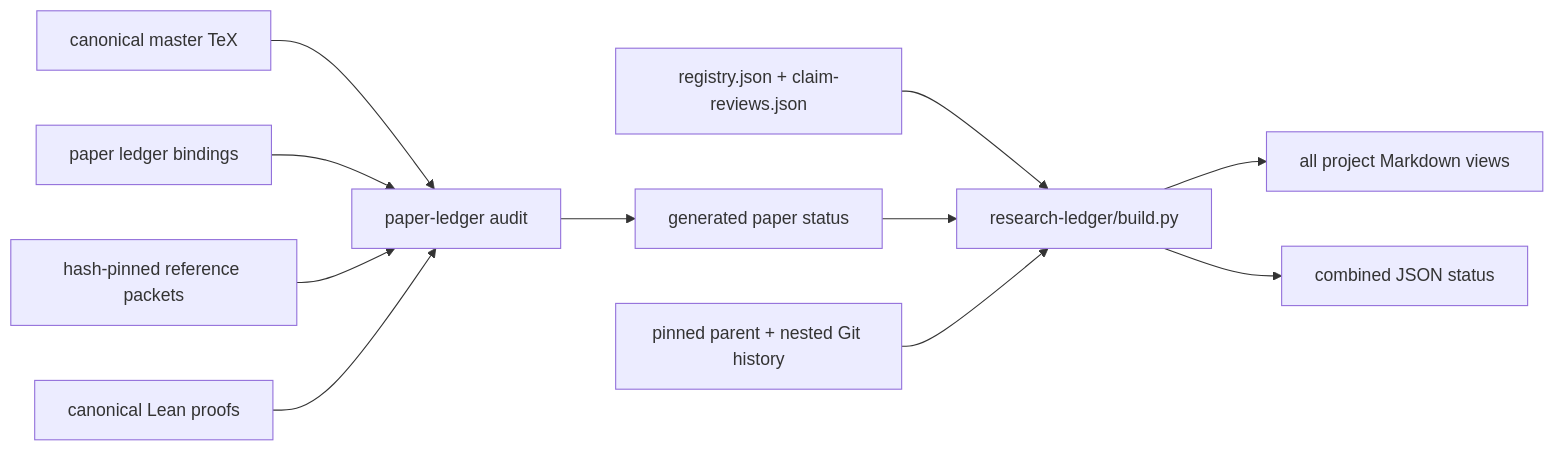
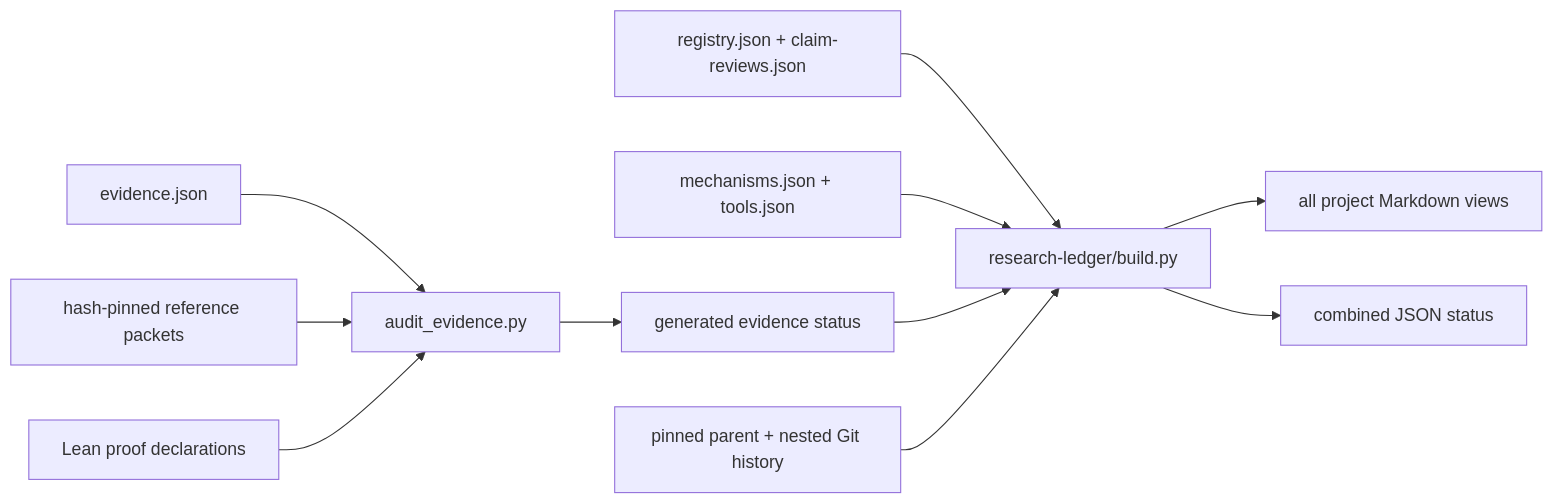
The diagram in docs/INFRA_DIAGRAM.md (crabsatellite/hodge-conjecture-lean4-formalization), drawn with Mermaid before and after one commit. The commit also changed other lines of this file and 9 other files, not shown here.

````diff
--- a/docs/INFRA_DIAGRAM.md
+++ b/docs/INFRA_DIAGRAM.md
@@ -5,13 +5,13 @@
 ```mermaid
 flowchart LR
+  Evidence["evidence.json"] --> EvidenceAudit["audit_evidence.py"]
+  References["hash-pinned reference packets"] --> EvidenceAudit
+  Lean["Lean proof declarations"] --> EvidenceAudit
+  EvidenceAudit --> EvidenceStatus["generated evidence status"]
   Registry["registry.json + claim-reviews.json"] --> ResearchBuild["research-ledger/build.py"]
-  Master["canonical master TeX"] --> PaperAudit["paper-ledger audit"]
-  Ledger["paper ledger bindings"] --> PaperAudit
-  References["hash-pinned reference packets"] --> PaperAudit
-  Lean["canonical Lean proofs"] --> PaperAudit
-  PaperAudit --> PaperStatus["generated paper status"]
-  PaperStatus --> ResearchBuild
+  Tools["mechanisms.json + tools.json"] --> ResearchBuild
+  EvidenceStatus --> ResearchBuild
   GitHistory["pinned parent + nested Git history"] --> ResearchBuild
   ResearchBuild --> HumanViews["all project Markdown views"]
   ResearchBuild --> CombinedStatus["combined JSON status"]
 ```
````
